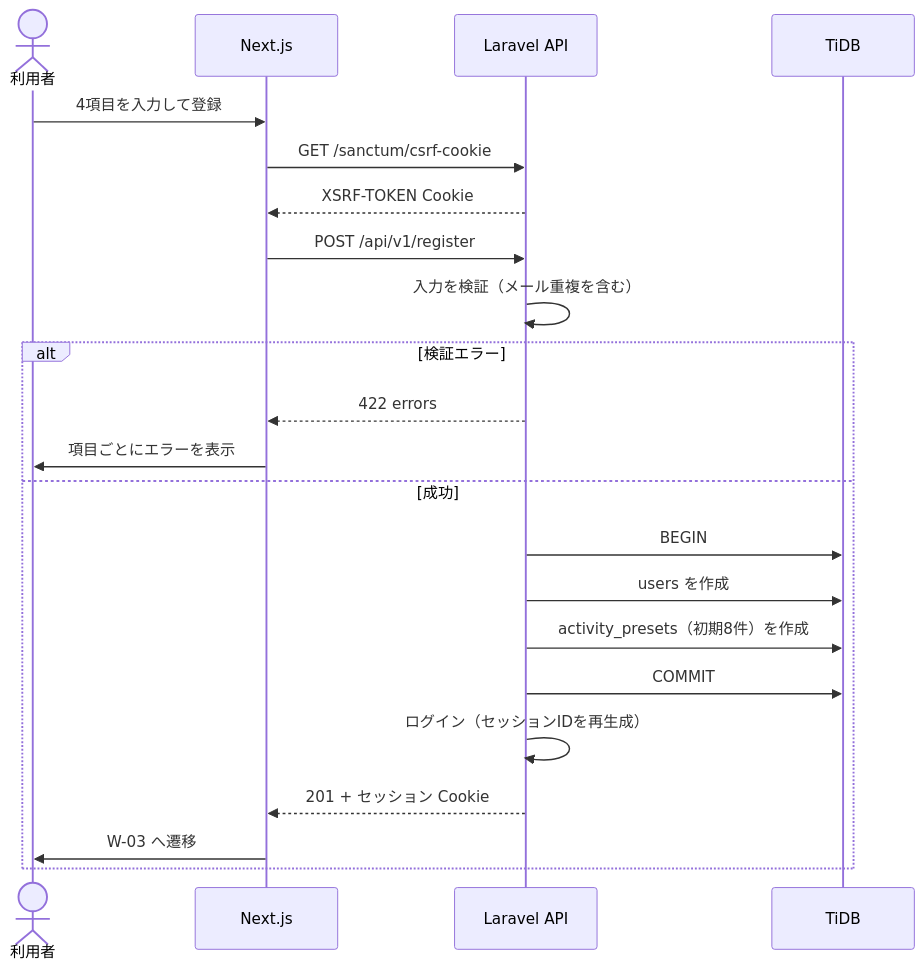
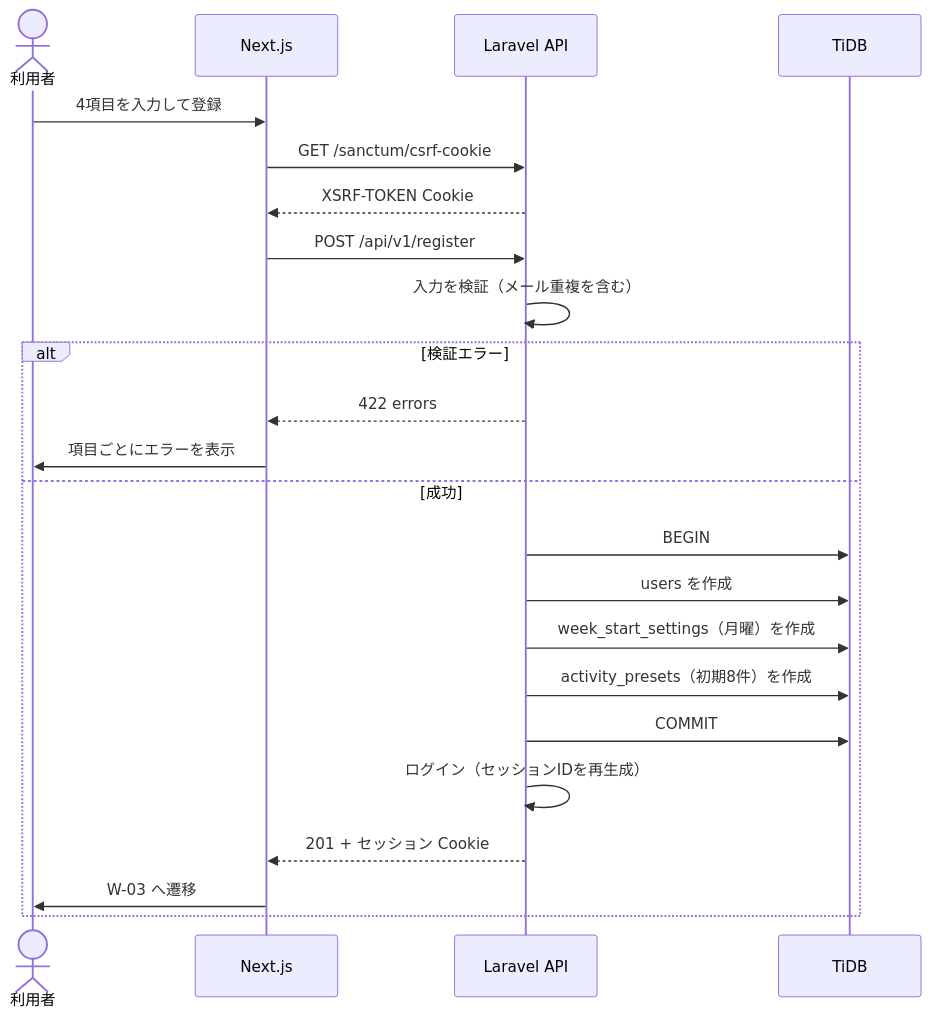
The diagram in docs/design/F-01_ユーザー登録.md (fm5889rx/repace-app), drawn with Mermaid before and after one commit. The commit also changed other lines of this file and 10 other files, not shown here.

````diff
--- a/docs/design/F-01_ユーザー登録.md
+++ b/docs/design/F-01_ユーザー登録.md
@@ -55,24 +56,25 @@
 ```mermaid
 sequenceDiagram
     actor U as 利用者
     participant F as Next.js
     participant A as Laravel API
     participant D as TiDB
     U->>F: 4項目を入力して登録
     F->>A: GET /sanctum/csrf-cookie
     A-->>F: XSRF-TOKEN Cookie
     F->>A: POST /api/v1/register
     A->>A: 入力を検証（メール重複を含む）
     alt 検証エラー
         A-->>F: 422 errors
         F->>U: 項目ごとにエラーを表示
     else 成功
         A->>D: BEGIN
         A->>D: users を作成
+        A->>D: week_start_settings（月曜）を作成
         A->>D: activity_presets（初期8件）を作成
         A->>D: COMMIT
         A->>A: ログイン（セッションIDを再生成）
         A-->>F: 201 + セッション Cookie
         F->>U: W-03 へ遷移
     end
 ```
````
